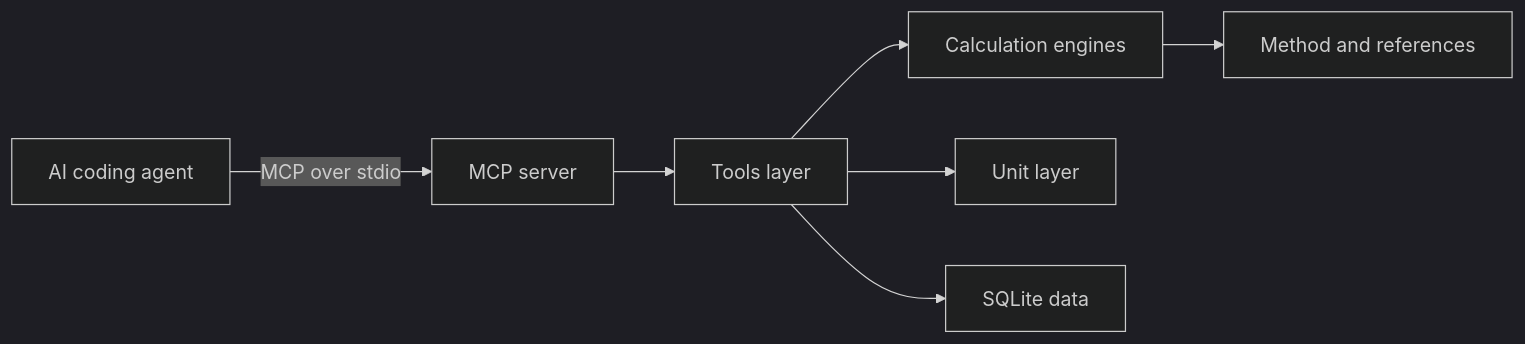
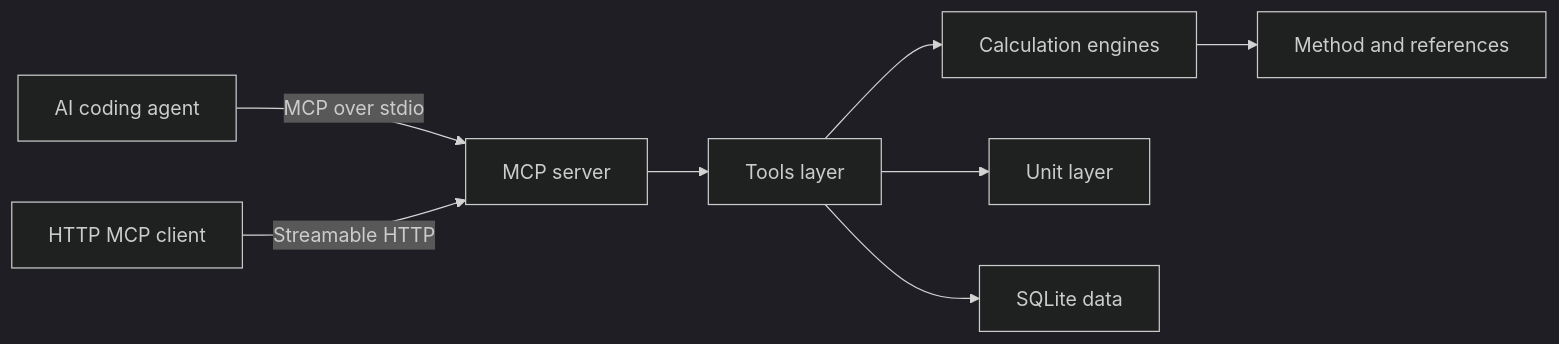
The diagram in README.md (DanielCuevas1208/engineer-mcp), drawn with Mermaid (dark theme) before and after one commit. The commit also changed other lines of this file and 11 other files, not shown here.

````diff
--- a/README.md
+++ b/README.md
@@ -77,9 +80,10 @@
 ```mermaid
 flowchart LR
   Agent[AI coding agent] -->|MCP over stdio| Server[MCP server]
+  HttpClient[HTTP MCP client] -->|Streamable HTTP| Server
   Server --> Tools[Tools layer]
   Tools --> Engines[Calculation engines]
   Tools --> Units[Unit layer]
   Tools --> Db[SQLite data]
   Engines --> Provenance[Method and references]
 ```
````
